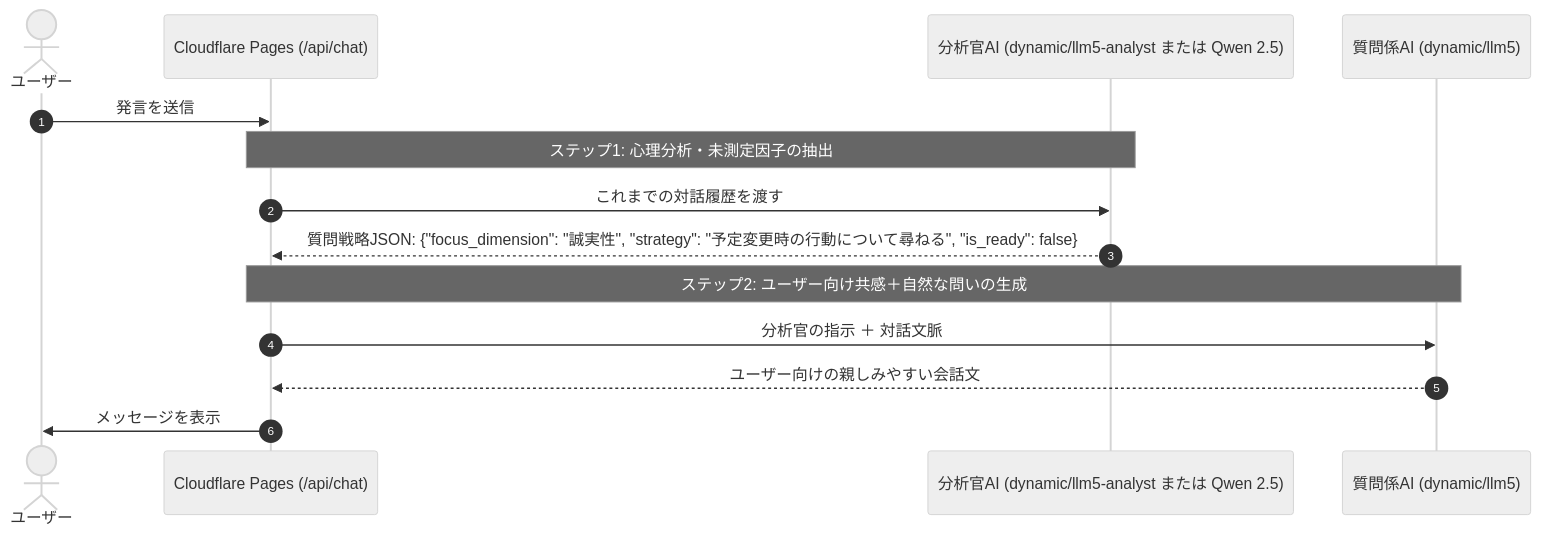
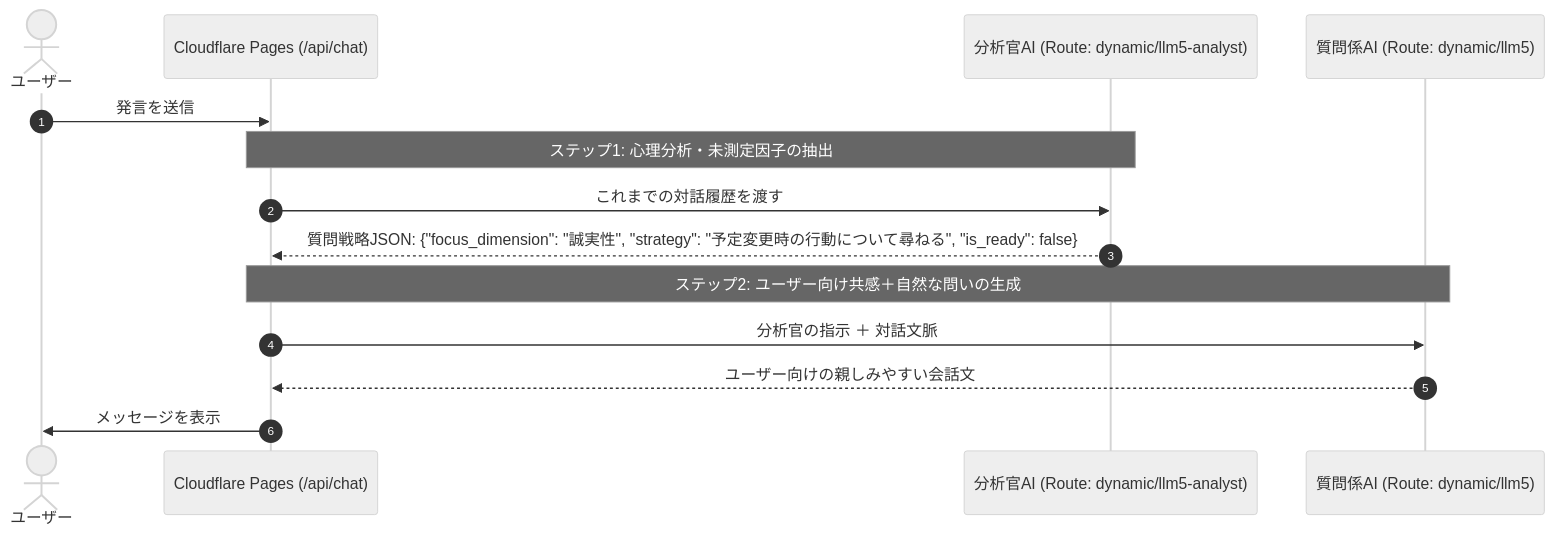
The diagram in README.md (eiri-111/LLM5), drawn with Mermaid (neutral theme) before and after one commit. The commit also changed other lines of this file and 4 other files, not shown here.

````diff
--- a/README.md
+++ b/README.md
@@ -11,18 +11,18 @@
 ```mermaid
 sequenceDiagram
     autonumber
     actor ユーザー
     participant Pages as Cloudflare Pages (/api/chat)
-    participant Analyst as 分析官AI (dynamic/llm5-analyst または Qwen 2.5)
-    participant Interviewer as 質問係AI (dynamic/llm5)
+    participant Analyst as 分析官AI (Route: dynamic/llm5-analyst)
+    participant Interviewer as 質問係AI (Route: dynamic/llm5)
 
     ユーザー->>Pages: 発言を送信
     Note over Pages,Analyst: ステップ1: 心理分析・未測定因子の抽出
     Pages->>Analyst: これまでの対話履歴を渡す
     Analyst-->>Pages: 質問戦略JSON: {"focus_dimension": "誠実性", "strategy": "予定変更時の行動について尋ねる", "is_ready": false}
     
     Note over Pages,Interviewer: ステップ2: ユーザー向け共感＋自然な問いの生成
     Pages->>Interviewer: 分析官の指示 ＋ 対話文脈
     Interviewer-->>Pages: ユーザー向けの親しみやすい会話文
     Pages->>ユーザー: メッセージを表示
 ```
````
